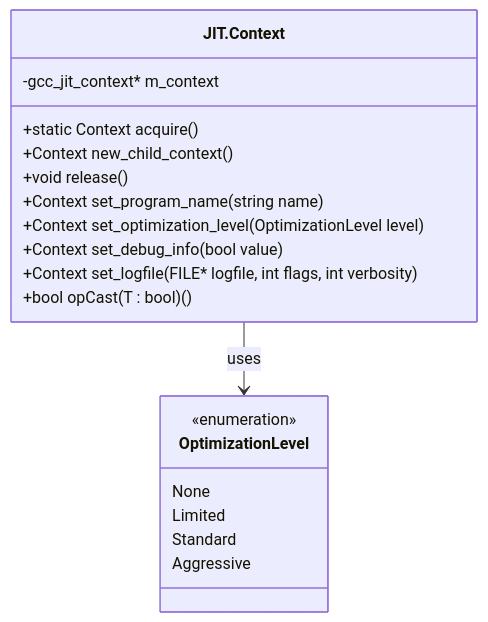
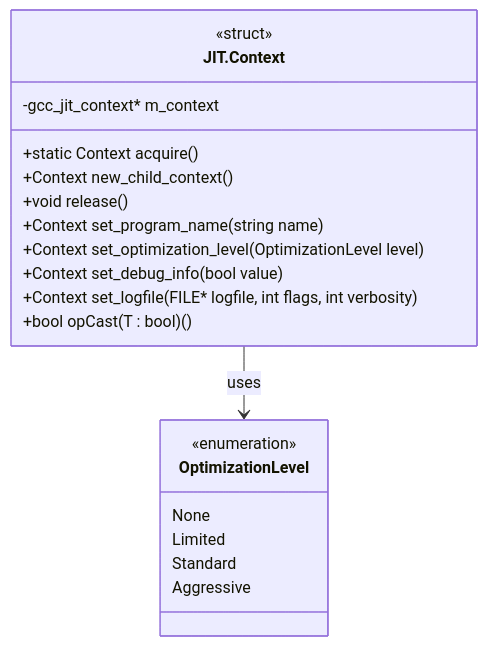
The diagram in docs/4.1-context-lifecycle.md (ibuclaw/gccjitd), drawn with Mermaid before and after one commit. The commit also changed 5 other files, not shown here.

````diff
--- a/docs/4.1-context-lifecycle.md
+++ b/docs/4.1-context-lifecycle.md
@@ -28,22 +28,23 @@
 ```mermaid
 classDiagram
     class JIT.Context {
+        <<struct>>
         +static Context acquire()
         +Context new_child_context()
         +void release()
         +Context set_program_name(string name)
         +Context set_optimization_level(OptimizationLevel level)
         +Context set_debug_info(bool value)
         +Context set_logfile(FILE* logfile, int flags, int verbosity)
         +bool opCast(T : bool)()
         -gcc_jit_context* m_context
     }
     class OptimizationLevel {
         <<enumeration>>
         None
         Limited
         Standard
         Aggressive
     }
     JIT.Context --> OptimizationLevel : uses
 ```
````
